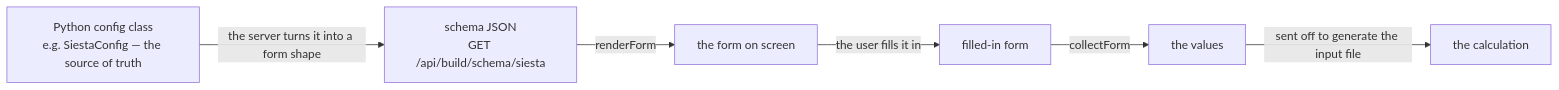
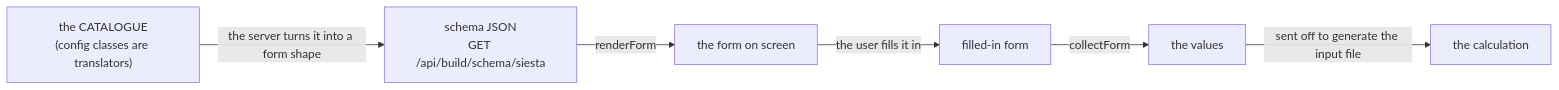
One commit to Qing-LAB/molbuilder changed the diagram in docs/web/form-schema.md. Above: the diagram before and after it, drawn with Mermaid. The commit also changed other lines of this file and 73 other files, not shown here.

````diff
--- a/docs/web/form-schema.md
+++ b/docs/web/form-schema.md
@@ -266,9 +267,9 @@
 ```mermaid
 flowchart LR
-    DC["Python config class<br/>e.g. SiestaConfig — the source of truth"]
+    DC["the CATALOGUE<br/>(config classes are translators)"]
     DC -->|"the server turns it into a form shape"| SCHEMA["schema JSON<br/>GET /api/build/schema/siesta"]
     SCHEMA -->|"renderForm"| FORM["the form on screen"]
     FORM -->|"the user fills it in"| FILLED["filled-in form"]
     FILLED -->|"collectForm"| VALUES["the values"]
     VALUES -->|"sent off to generate the input file"| GEN["the calculation"]
 ```
````
